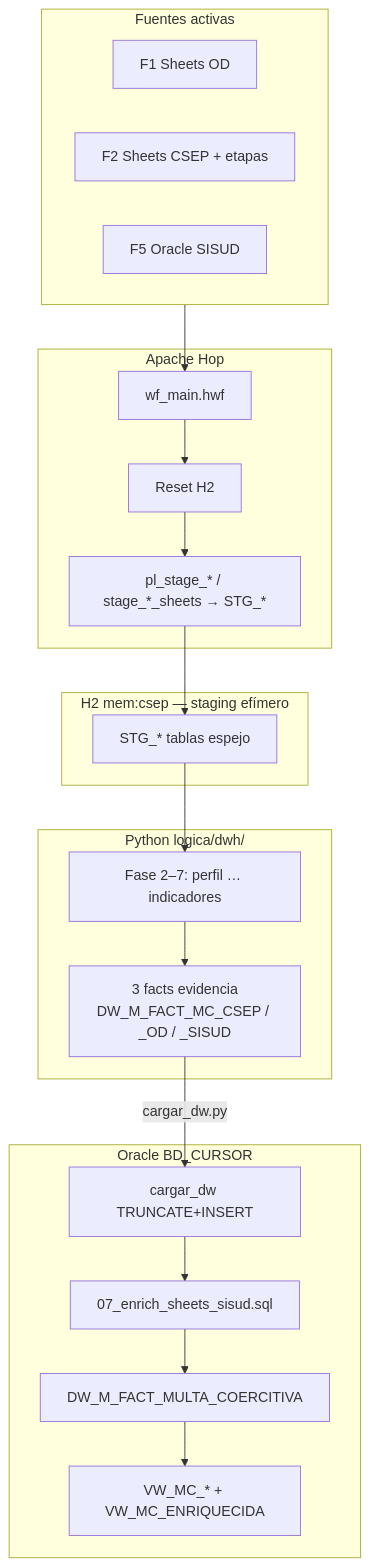
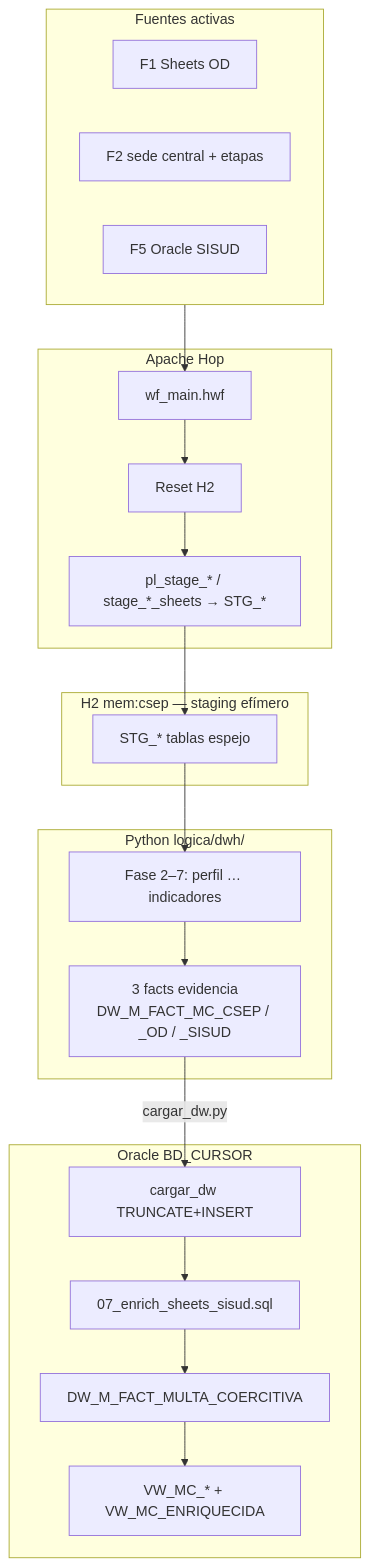
Before and after one commit to nwodevops/multa_informes_etl: the first of 3 diagrams in docs/fases/status.md, drawn with Mermaid. The commit also changed other lines of this file and 20 other files, not shown here.

First line of the commit message:
feat(dw): completar lookup SISUD (estado, medida, REC/TFA) y documentar sede central vs OD

````diff
--- a/docs/fases/status.md
+++ b/docs/fases/status.md
@@ -12,37 +12,37 @@
 ```mermaid
 flowchart TB
   subgraph fuentes [Fuentes activas]
     F1["F1 Sheets OD"]
-    F2["F2 Sheets CSEP + etapas"]
+    F2["F2 sede central + etapas"]
     F5["F5 Oracle SISUD"]
   end
 
   subgraph hop [Apache Hop]
     WF["wf_main.hwf"]
     RESET["Reset H2"]
     STG_LOAD["pl_stage_* / stage_*_sheets → STG_*"]
   end
 
   subgraph h2 [H2 mem:csep — staging efímero]
     STG["STG_* tablas espejo"]
   end
 
   subgraph py [Python logica/dwh/]
     F2b["Fase 2–7: perfil … indicadores"]
     EV["3 facts evidencia<br/>DW_M_FACT_MC_CSEP / _OD / _SISUD"]
   end
 
   subgraph oracle [Oracle BD_CURSOR]
     LOAD["cargar_dw TRUNCATE+INSERT"]
     ENR["07_enrich_sheets_sisud.sql"]
     FACT["DW_M_FACT_MULTA_COERCITIVA"]
     VW["VW_MC_* + VW_MC_ENRIQUECIDA"]
   end
 
   fuentes --> WF
   WF --> RESET --> STG_LOAD --> STG
   STG --> F2b --> EV
   EV -->|"cargar_dw.py"| LOAD
   LOAD --> ENR --> FACT
   FACT --> VW
 ```
````
